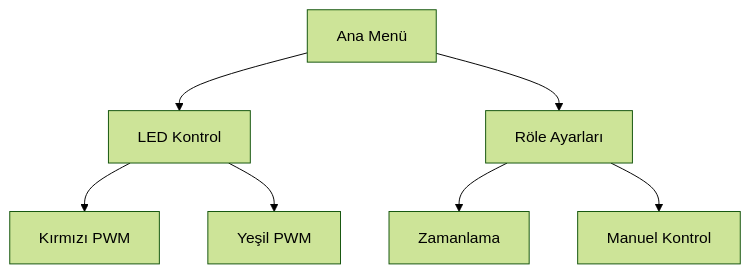
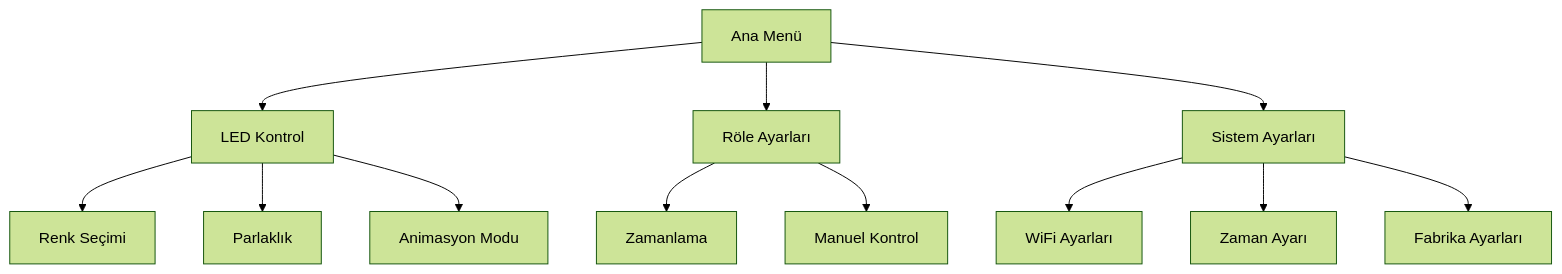
One commit to hamzadenizyilmaz/RGB-Control-System-with-ESP32-C6 changed the fourth of 4 diagrams in README.md. Above: the diagram before and after it, drawn with Mermaid (forest theme). The commit also changed other lines of this file, not shown here.

````diff
--- a/README.md
+++ b/README.md
@@ -56,9 +166,14 @@
 ```mermaid
-graph TD
-    A[Ana Menü] --> B[LED Kontrol]
-    A --> C[Röle Ayarları]
-    B --> B1[Kırmızı PWM]
-    B --> B2[Yeşil PWM]
-    C --> C1[Zamanlama]
-    C --> C2[Manuel Kontrol]
+graph TD;
+    A[Ana Menü] --> B[LED Kontrol];
+    A --> C[Röle Ayarları];
+    A --> D[Sistem Ayarları];
+    B --> B1[Renk Seçimi];
+    B --> B2[Parlaklık];
+    B --> B3[Animasyon Modu];
+    C --> C1[Zamanlama];
+    C --> C2[Manuel Kontrol];
+    D --> D1[WiFi Ayarları];
+    D --> D2[Zaman Ayarı];
+    D --> D3[Fabrika Ayarları];
 ```
````
